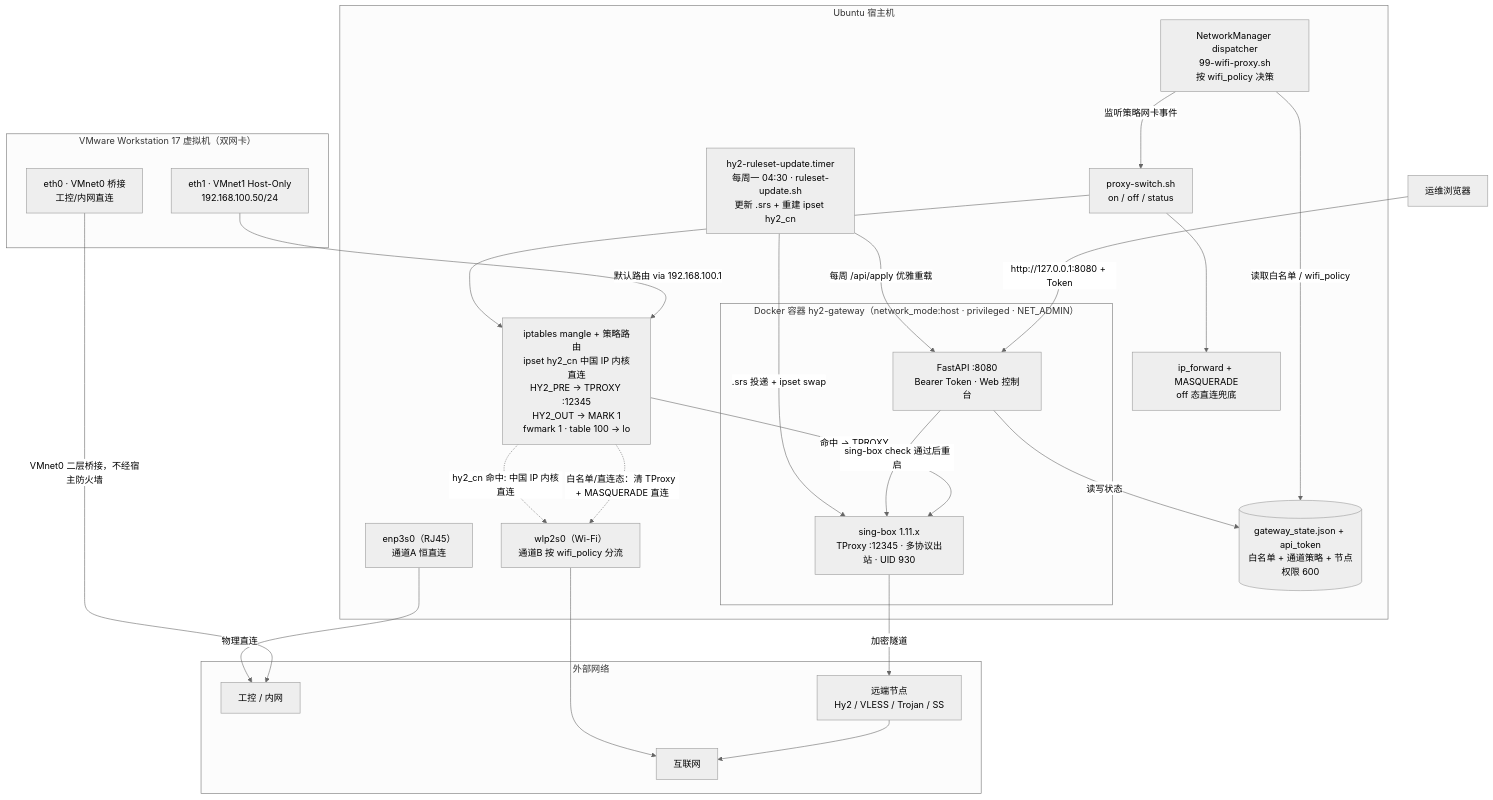
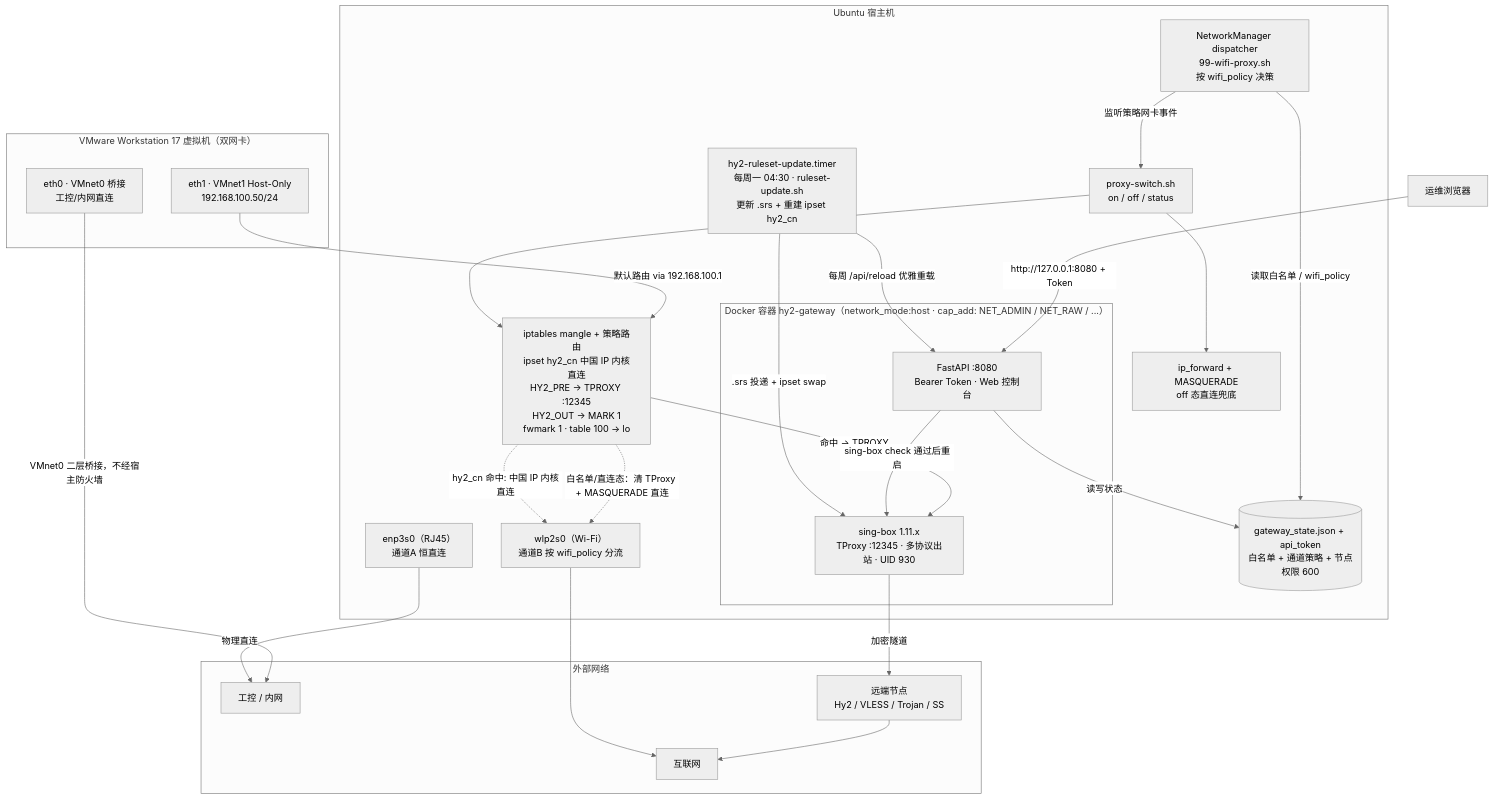
One commit to Roarpeng/smart-hy2-gateway changed the diagram in README.md. Above: the diagram before and after it, drawn with Mermaid (neutral theme). The commit also changed other lines of this file and 30 other files, not shown here.

````diff
--- a/README.md
+++ b/README.md
@@ -20,52 +20,52 @@
 ```mermaid
 flowchart TB
     subgraph VM["VMware Workstation 17 虚拟机（双网卡）"]
         ETH0["eth0 · VMnet0 桥接<br/>工控/内网直连"]
         ETH1["eth1 · VMnet1 Host-Only<br/>192.168.100.50/24"]
     end
 
     subgraph HOST["Ubuntu 宿主机"]
         ENP["enp3s0（RJ45）<br/>通道A 恒直连"]
         WLP["wlp2s0（Wi-Fi）<br/>通道B 按 wifi_policy 分流"]
 
         NM["NetworkManager dispatcher<br/>99-wifi-proxy.sh<br/>按 wifi_policy 决策"]
         PS["proxy-switch.sh<br/>on / off / status"]
         RULES["iptables mangle + 策略路由<br/>ipset hy2_cn 中国 IP 内核直连<br/>HY2_PRE → TPROXY :12345<br/>HY2_OUT → MARK 1<br/>fwmark 1 · table 100 → lo"]
         MASQ["ip_forward + MASQUERADE<br/>off 态直连兜底"]
 
-        subgraph DOCKER["Docker 容器 hy2-gateway（network_mode:host · privileged · NET_ADMIN）"]
+        subgraph DOCKER["Docker 容器 hy2-gateway（network_mode:host · cap_add: NET_ADMIN / NET_RAW / ...）"]
             SB["sing-box 1.11.x<br/>TProxy :12345 · 多协议出站 · UID 930"]
             API["FastAPI :8080<br/>Bearer Token · Web 控制台"]
         end
 
         STATE[("gateway_state.json + api_token<br/>白名单 + 通道策略 + 节点<br/>权限 600")]
         TIMER["hy2-ruleset-update.timer<br/>每周一 04:30 · ruleset-update.sh<br/>更新 .srs + 重建 ipset hy2_cn"]
     end
 
     subgraph OUT["外部网络"]
         LAN["工控 / 内网"]
         NODE["远端节点<br/>Hy2 / VLESS / Trojan / SS"]
         INET["互联网"]
     end
 
     BROWSER["运维浏览器"]
 
     ETH0 -->|"VMnet0 二层桥接，不经宿主防火墙"| LAN
     ENP -->|"物理直连"| LAN
     ETH1 -->|"默认路由 via 192.168.100.1"| RULES
     NM -->|"监听策略网卡事件"| PS
     NM -->|"读取白名单 / wifi_policy"| STATE
     PS --> RULES
     PS --> MASQ
     RULES -->|"命中 → TPROXY"| SB
     SB -->|"加密隧道"| NODE
     NODE --> INET
     RULES -.->|"白名单/直连态：清 TProxy + MASQUERADE 直连"| WLP
     WLP --> INET
     BROWSER -->|"http://127.0.0.1:8080 + Token"| API
     API -->|"读写状态"| STATE
     API -->|"sing-box check 通过后重启"| SB
     TIMER -->|".srs 投递 + ipset swap"| SB
-    TIMER -->|"每周 /api/apply 优雅重载"| API
+    TIMER -->|"每周 /api/reload 优雅重载"| API
     RULES -.->|"hy2_cn 命中: 中国 IP 内核直连"| WLP
 ```
````
